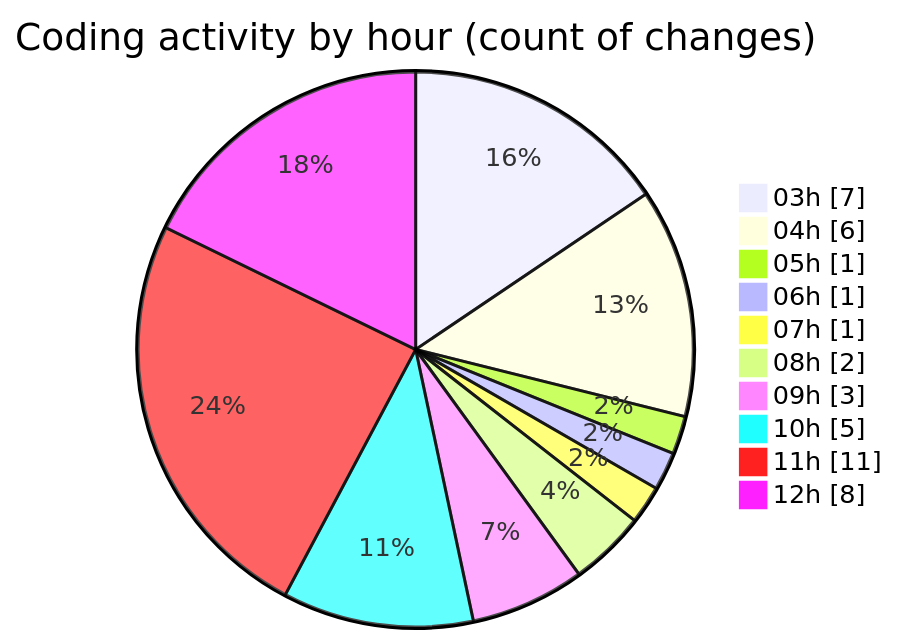
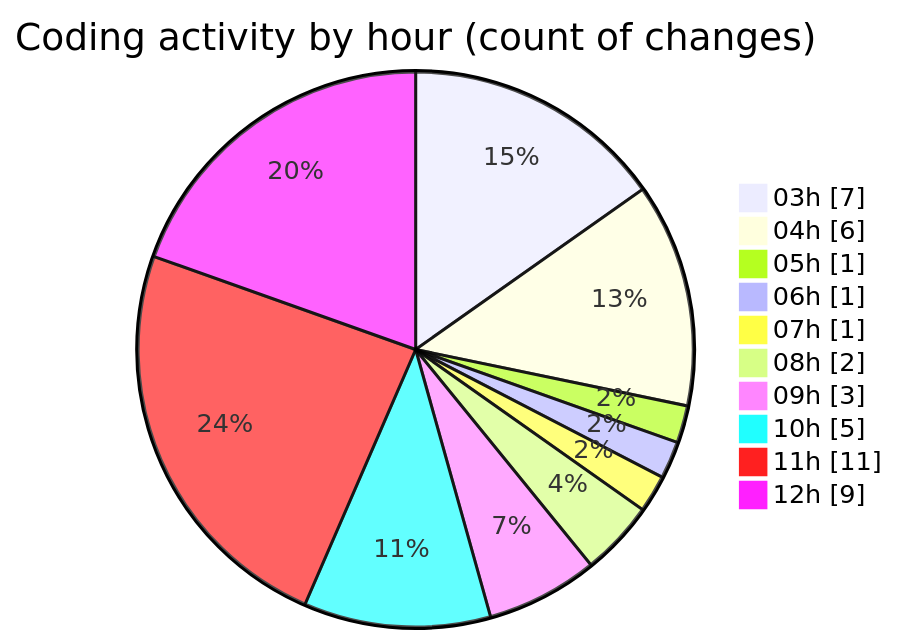
Before and after one commit to FelipKnott/code-tracking: the second of 2 diagrams in 2025-07-02/cursor/README.md, drawn with Mermaid. The commit also changed other lines of this file and 1 other file, not shown here.

````diff
--- a/2025-07-02/cursor/README.md
+++ b/2025-07-02/cursor/README.md
@@ -31,14 +31,14 @@
 ```mermaid
 pie showData
 title Coding activity by hour (count of changes)
 "03h" : 7
 "04h" : 6
 "05h" : 1
 "06h" : 1
 "07h" : 1
 "08h" : 2
 "09h" : 3
 "10h" : 5
 "11h" : 11
-"12h" : 8
+"12h" : 9
 ```
````
